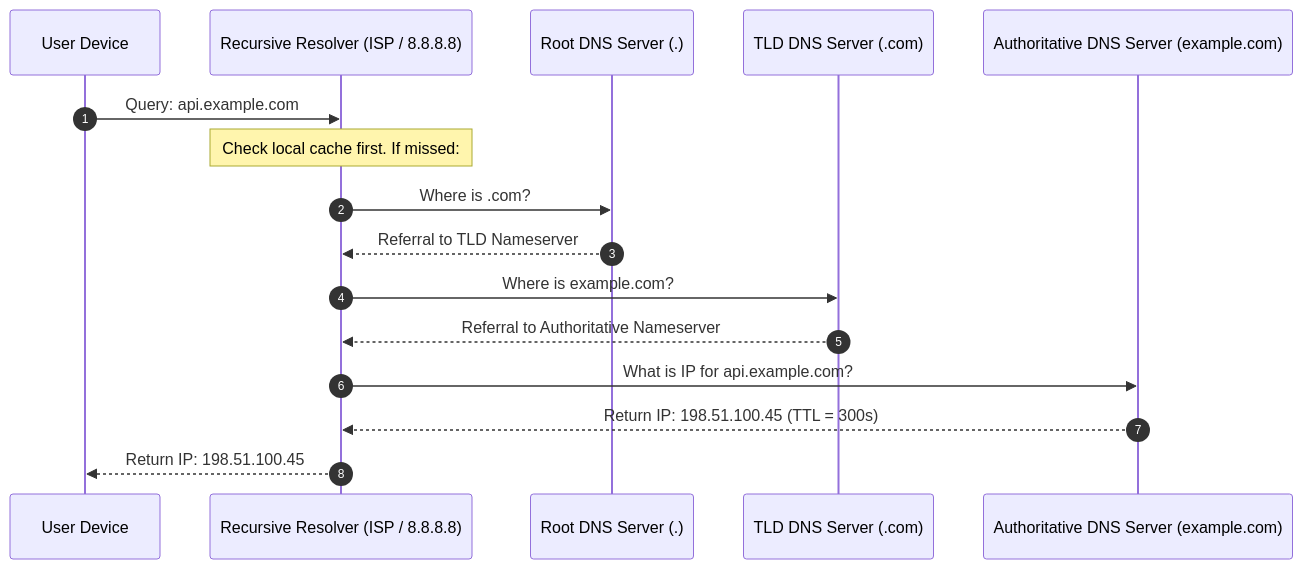
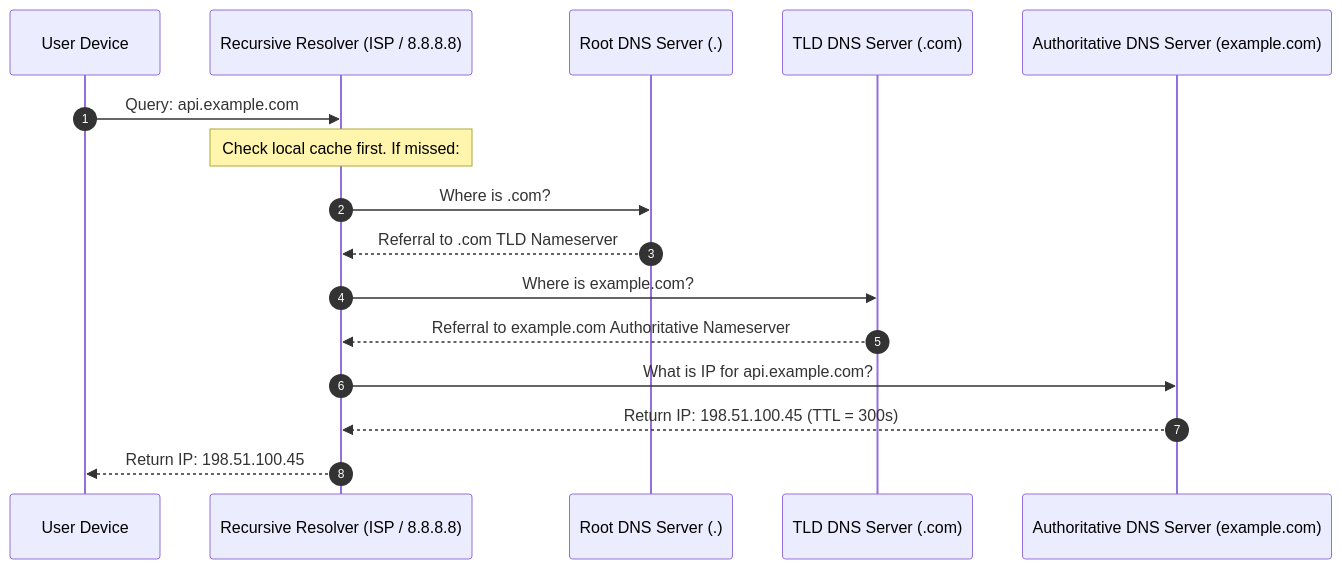
One commit to kvai9826/system-design-for-program-managers changed the fourth of 5 diagrams in 01-foundations/01-client-server-networking.md. Above: the diagram before and after it, drawn with Mermaid. The commit also changed other lines of this file and 30 other files, not shown here.

````diff
--- a/01-foundations/01-client-server-networking.md
+++ b/01-foundations/01-client-server-networking.md
@@ -119,19 +126,19 @@
 ```mermaid
 sequenceDiagram
     autonumber
     participant Client as User Device
     participant Recur as Recursive Resolver (ISP / 8.8.8.8)
     participant Root as Root DNS Server (.)
     participant TLD as TLD DNS Server (.com)
     participant Auth as Authoritative DNS Server (example.com)
 
     Client->>Recur: Query: api.example.com
     Note over Recur: Check local cache first. If missed:
     Recur->>Root: Where is .com?
-    Root-->>Recur: Referral to TLD Nameserver
+    Root-->>Recur: Referral to .com TLD Nameserver
     Recur->>TLD: Where is example.com?
-    TLD-->>Recur: Referral to Authoritative Nameserver
+    TLD-->>Recur: Referral to example.com Authoritative Nameserver
     Recur->>Auth: What is IP for api.example.com?
     Auth-->>Recur: Return IP: 198.51.100.45 (TTL = 300s)
     Recur-->>Client: Return IP: 198.51.100.45
 ```
````
